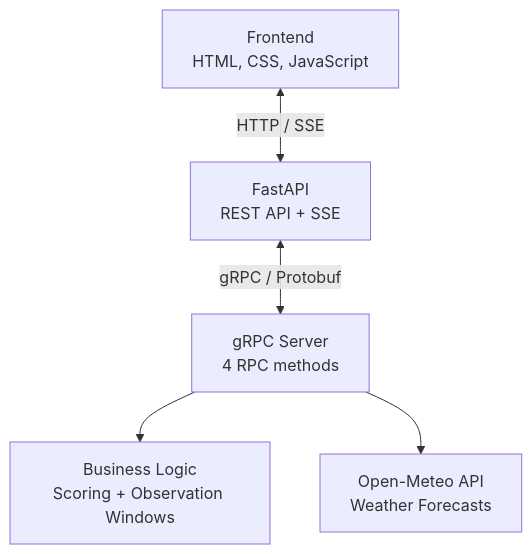
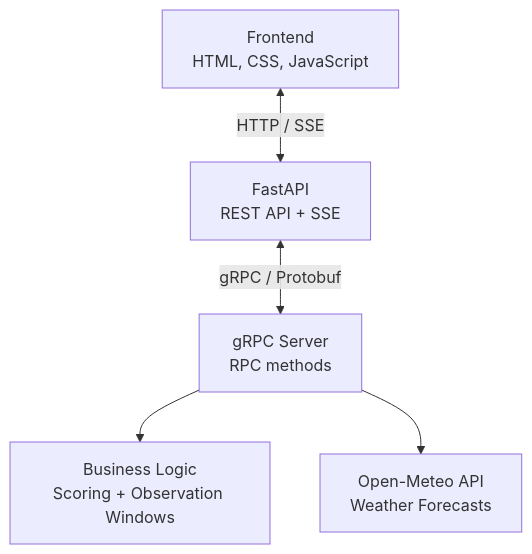
Before and after one commit to ninastevoska/skywatch: the diagram in observation-conditions/README.md, drawn with Mermaid.

Commit message:
Fix gRPC Server description in README

````diff
--- a/observation-conditions/README.md
+++ b/observation-conditions/README.md
@@ -46,13 +46,13 @@
 ```mermaid
 flowchart TD
     A["Frontend<br/>HTML, CSS, JavaScript"]
     B["FastAPI<br/>REST API + SSE"]
-    C["gRPC Server<br/>4 RPC methods"]
+    C["gRPC Server<br/> RPC methods"]
     D["Business Logic<br/>Scoring + Observation Windows"]
     E["Open-Meteo API<br/>Weather Forecasts"]
 
     A <-->|HTTP / SSE| B
     B <-->|gRPC / Protobuf| C
     C --> D
     C --> E
 ```
````
